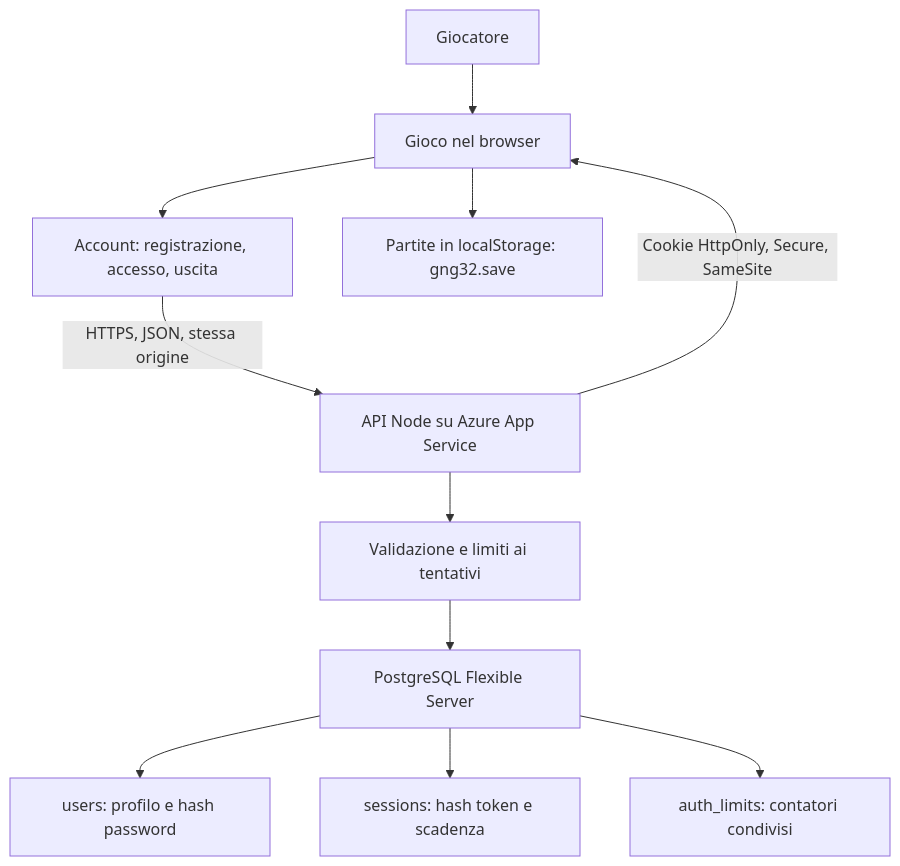
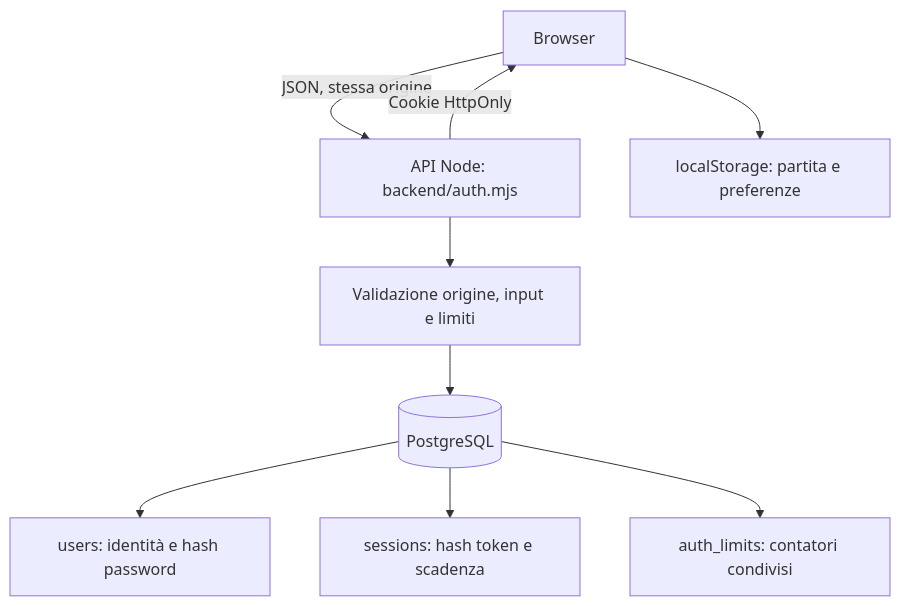
The first of 2 diagrams in documentation/authentication.md (NASA-SPACEAPP-2026/Space-Mission-Design-Game), drawn with Mermaid before and after one commit. The commit also changed other lines of this file and 4 other files, not shown here.

Commit message:
Aggiorna la documentazione in italiano: modifica README, architettura e autenticazione. Aggiungi dettagli su flussi di gioco, struttura del database PostgreSQL, e procedure di registrazione e accesso. Rendi le informazioni più chiare e coerenti con il codice sorgente.

````diff
--- a/documentation/authentication.md
+++ b/documentation/authentication.md
@@ -5,13 +11,11 @@
 ```mermaid
 flowchart TD
-  A[Giocatore] --> B[Gioco nel browser]
-  B --> C[Account: registrazione, accesso, uscita]
-  C -->|HTTPS, JSON, stessa origine| D[API Node su Azure App Service]
-  D --> E[Validazione e limiti ai tentativi]
-  E --> F[PostgreSQL Flexible Server]
-  F --> U[users: profilo e hash password]
-  F --> S[sessions: hash token e scadenza]
-  F --> L[auth_limits: contatori condivisi]
-  D -->|Cookie HttpOnly, Secure, SameSite| B
-  B --> P[Partite in localStorage: gng32.save]
+  B[Browser] -->|JSON, stessa origine| A[API Node: backend/auth.mjs]
+  A --> V[Validazione origine, input e limiti]
+  V --> D[(PostgreSQL)]
+  D --> U[users: identità e hash password]
+  D --> S[sessions: hash token e scadenza]
+  D --> L[auth_limits: contatori condivisi]
+  A -->|Cookie HttpOnly| B
+  B --> P[localStorage: partita e preferenze]
 ```
````
